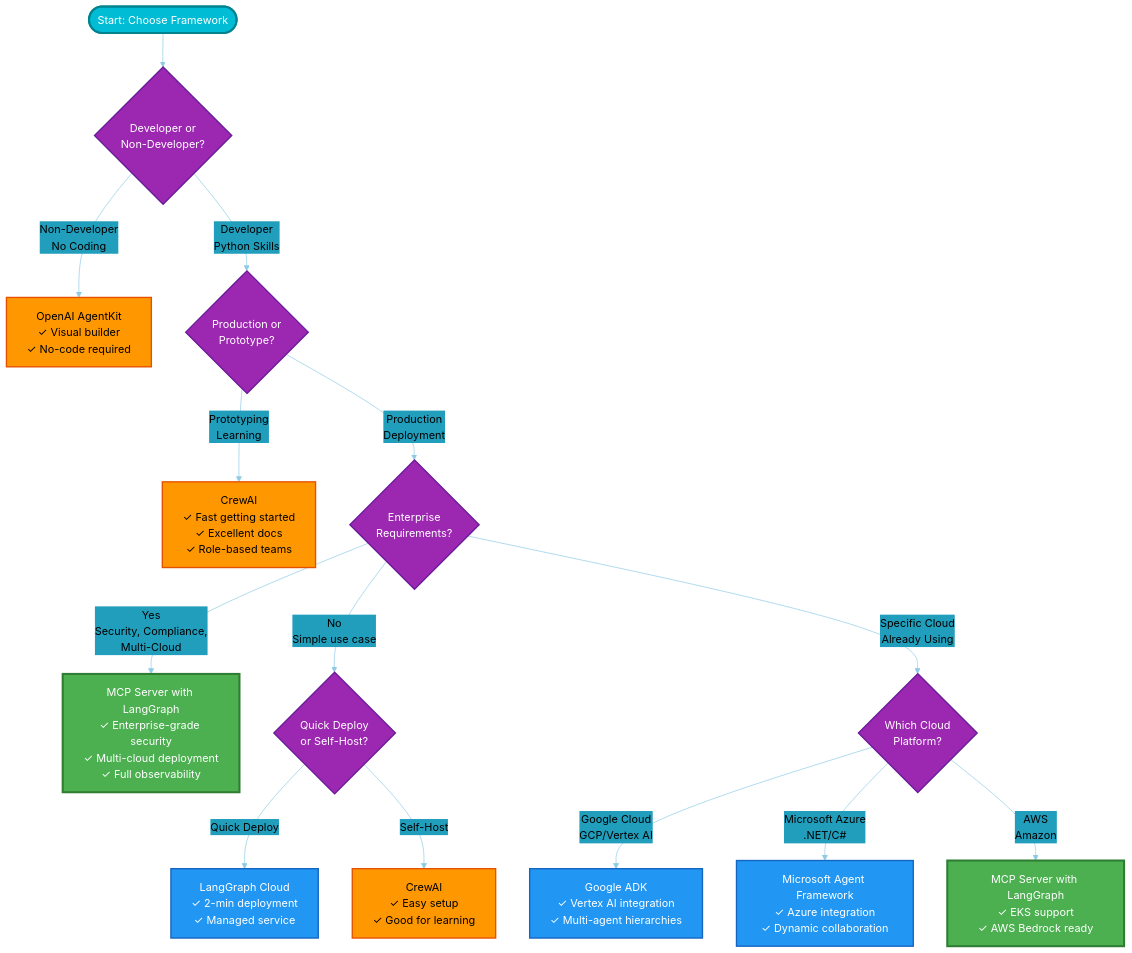
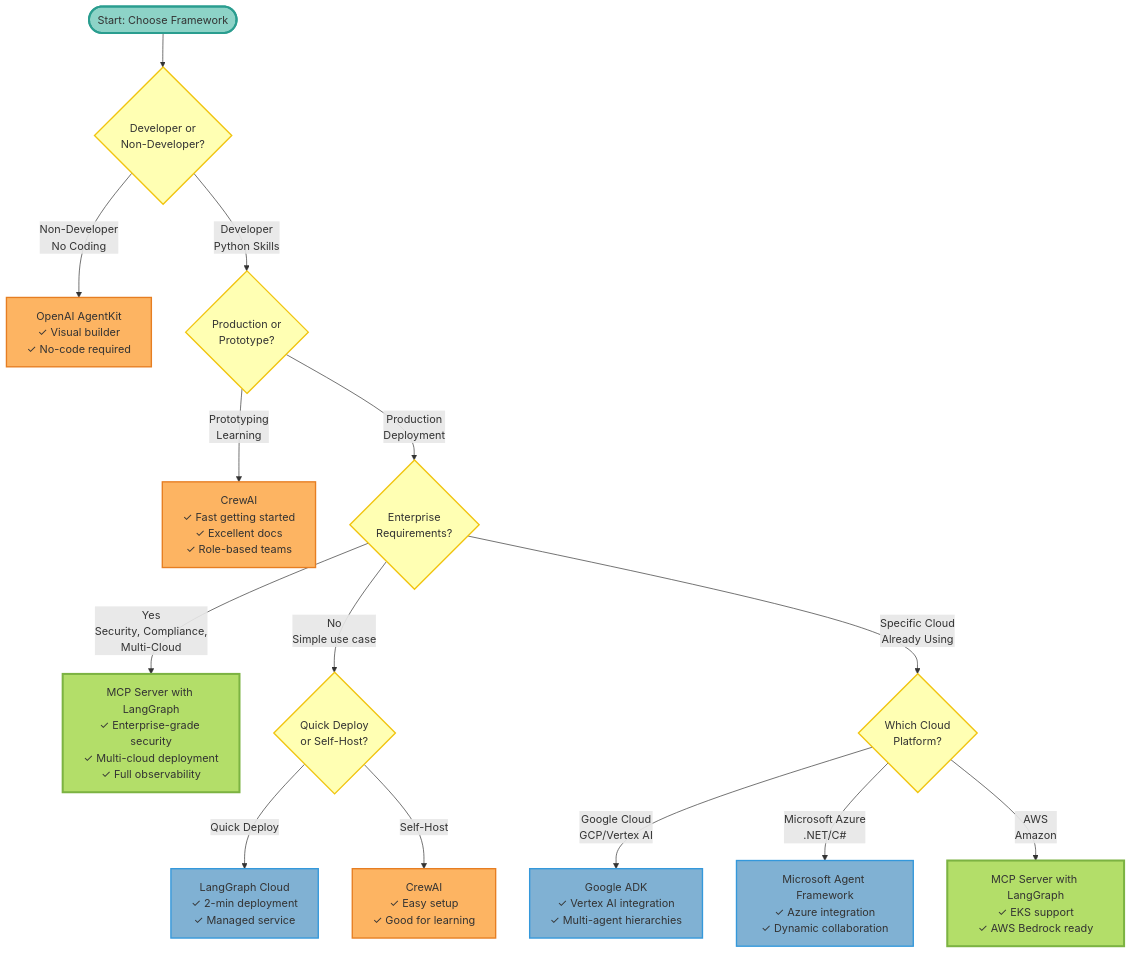
Before and after one commit to vishnu2kmohan/mcp-server-langgraph: the diagram in docs/comparisons/choosing-framework.mdx, drawn with Mermaid. The commit also changed 13 other files, not shown here.

First line of the commit message:
docs: apply ColorBrewer2 Set3 styling to all remaining diagrams and enforce standards

````diff
--- a/docs/comparisons/choosing-framework.mdx
+++ b/docs/comparisons/choosing-framework.mdx
@@ -15,34 +15,34 @@
 ```mermaid
-%%{init: {'theme':'base', 'themeVariables': { 'primaryColor':'#fb8500','primaryTextColor':'#000','primaryBorderColor':'#023047','lineColor':'#8ecae6','secondaryColor':'#219ebc','tertiaryColor':'#ffb703'}}}%%
 flowchart TD
     Start([Start: Choose Framework]) --> DevQ{Developer or<br/>Non-Developer?}
 
     DevQ -->|Non-Developer<br/>No Coding| AgentKit[OpenAI AgentKit<br/>✓ Visual builder<br/>✓ No-code required]
     DevQ -->|Developer<br/>Python Skills| ProdQ{Production or<br/>Prototype?}
 
     ProdQ -->|Prototyping<br/>Learning| CrewAI[CrewAI<br/>✓ Fast getting started<br/>✓ Excellent docs<br/>✓ Role-based teams]
     ProdQ -->|Production<br/>Deployment| EnterpriseQ{Enterprise<br/>Requirements?}
 
     EnterpriseQ -->|Yes<br/>Security, Compliance,<br/>Multi-Cloud| MCPServer[MCP Server with LangGraph<br/>✓ Enterprise-grade security<br/>✓ Multi-cloud deployment<br/>✓ Full observability]
     EnterpriseQ -->|No<br/>Simple use case| Simple{Quick Deploy<br/>or Self-Host?}
     EnterpriseQ -->|Specific Cloud<br/>Already Using| CloudQ{Which Cloud<br/>Platform?}
 
     Simple -->|Quick Deploy| LGCloud[LangGraph Cloud<br/>✓ 2-min deployment<br/>✓ Managed service]
     Simple -->|Self-Host| CrewAI2[CrewAI<br/>✓ Easy setup<br/>✓ Good for learning]
 
     CloudQ -->|Google Cloud<br/>GCP/Vertex AI| GoogleADK[Google ADK<br/>✓ Vertex AI integration<br/>✓ Multi-agent hierarchies]
     CloudQ -->|Microsoft Azure<br/>.NET/C#| MSAgent[Microsoft Agent Framework<br/>✓ Azure integration<br/>✓ Dynamic collaboration]
     CloudQ -->|AWS<br/>Amazon| AWSChoice[MCP Server with LangGraph<br/>✓ EKS support<br/>✓ AWS Bedrock ready]
 
-    classDef mcpStyle fill:#4CAF50,stroke:#2E7D32,stroke-width:3px,color:#fff
-    classDef alternativeStyle fill:#2196F3,stroke:#1565C0,stroke-width:2px,color:#fff
-    classDef competitorStyle fill:#FF9800,stroke:#E65100,stroke-width:2px,color:#000
-    classDef decisionStyle fill:#9C27B0,stroke:#6A1B9A,stroke-width:2px,color:#fff
-    classDef startStyle fill:#00BCD4,stroke:#00838F,stroke-width:3px,color:#fff
+    %% ColorBrewer2 Set3 palette - each component type uniquely colored
+    classDef mcpStyle fill:#b3de69,stroke:#7cb342,stroke-width:3px,color:#333
+    classDef alternativeStyle fill:#80b1d3,stroke:#3498db,stroke-width:2px,color:#333
+    classDef competitorStyle fill:#fdb462,stroke:#e67e22,stroke-width:2px,color:#333
+    classDef decisionStyle fill:#ffffb3,stroke:#f1c40f,stroke-width:2px,color:#333
+    classDef startStyle fill:#8dd3c7,stroke:#2a9d8f,stroke-width:3px,color:#333
 
     class MCPServer,AWSChoice mcpStyle
     class LGCloud,GoogleADK,MSAgent alternativeStyle
     class CrewAI,CrewAI2,AgentKit competitorStyle
     class DevQ,ProdQ,EnterpriseQ,Simple,CloudQ decisionStyle
     class Start startStyle
 ```
````
